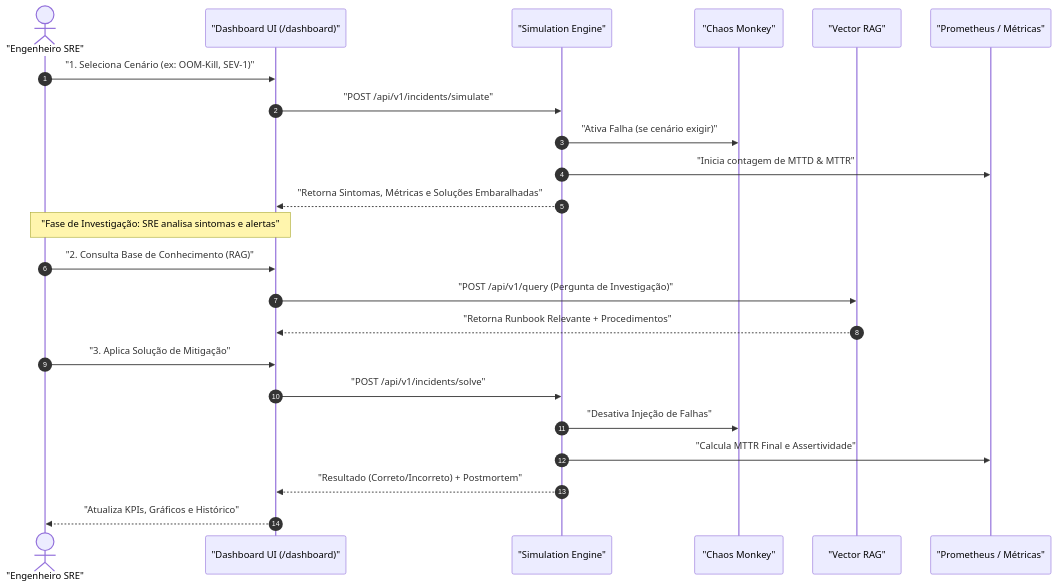
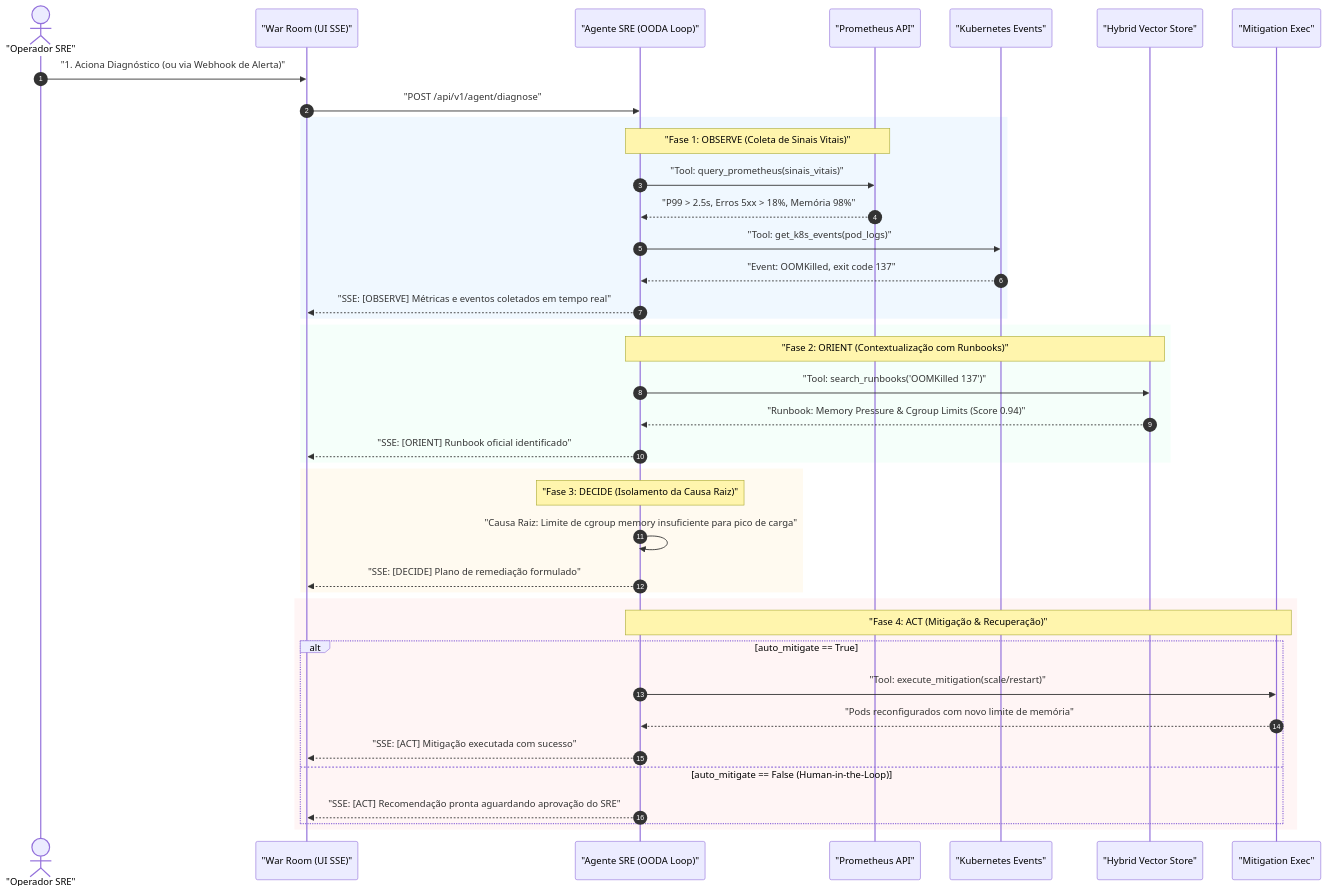
The second of 8 diagrams in README.md (magnomct/sre_rag_agent), drawn with Mermaid before and after one commit. The commit also changed other lines of this file, not shown here.

Commit message:
docs(v4.0): overhaul architecture diagrams, OODA flows, dual-layer chaos, and hybrid search in README

````diff
--- a/README.md
+++ b/README.md
@@ -182,29 +204,47 @@
 ```mermaid
 sequenceDiagram
     autonumber
-    actor SRE as "Engenheiro SRE"
-    participant Dash as "Dashboard UI (/dashboard)"
-    participant Sim as "Simulation Engine"
-    participant Chaos as "Chaos Monkey"
-    participant RAG as "Vector RAG"
-    participant Prom as "Prometheus / Métricas"
+    actor SRE as "Operador SRE"
+    participant Dash as "War Room (UI SSE)"
+    participant Agent as "Agente SRE (OODA Loop)"
+    participant Prom as "Prometheus API"
+    participant K8s as "Kubernetes Events"
+    participant RAG as "Hybrid Vector Store"
+    participant Action as "Mitigation Exec"
 
-    SRE->>Dash: "1. Seleciona Cenário (ex: OOM-Kill, SEV-1)"
-    Dash->>Sim: "POST /api/v1/incidents/simulate"
-    Sim->>Chaos: "Ativa Falha (se cenário exigir)"
-    Sim->>Prom: "Inicia contagem de MTTD & MTTR"
-    Sim-->>Dash: "Retorna Sintomas, Métricas e Soluções Embaralhadas"
+    SRE->>Dash: "1. Aciona Diagnóstico (ou via Webhook de Alerta)"
+    Dash->>Agent: "POST /api/v1/agent/diagnose"
+    
+    rect rgb(240, 248, 255)
+    Note over Agent,Prom: "Fase 1: OBSERVE (Coleta de Sinais Vitais)"
+    Agent->>Prom: "Tool: query_prometheus(sinais_vitais)"
+    Prom-->>Agent: "P99 > 2.5s, Erros 5xx > 18%, Memória 98%"
+    Agent->>K8s: "Tool: get_k8s_events(pod_logs)"
+    K8s-->>Agent: "Event: OOMKilled, exit code 137"
+    Agent-->>Dash: "SSE: [OBSERVE] Métricas e eventos coletados em tempo real"
+    end
 
-    Note over SRE,Dash: "Fase de Investigação: SRE analisa sintomas e alertas"
+    rect rgb(245, 255, 250)
+    Note over Agent,RAG: "Fase 2: ORIENT (Contextualização com Runbooks)"
+    Agent->>RAG: "Tool: search_runbooks('OOMKilled 137')"
+    RAG-->>Agent: "Runbook: Memory Pressure & Cgroup Limits (Score 0.94)"
+    Agent-->>Dash: "SSE: [ORIENT] Runbook oficial identificado"
+    end
 
-    SRE->>Dash: "2. Consulta Base de Conhecimento (RAG)"
-    Dash->>RAG: "POST /api/v1/query (Pergunta de Investigação)"
-    RAG-->>Dash: "Retorna Runbook Relevante + Procedimentos"
+    rect rgb(255, 250, 240)
+    Note over Agent: "Fase 3: DECIDE (Isolamento da Causa Raiz)"
+    Agent->>Agent: "Causa Raiz: Limite de cgroup memory insuficiente para pico de carga"
+    Agent-->>Dash: "SSE: [DECIDE] Plano de remediação formulado"
+    end
 
-    SRE->>Dash: "3. Aplica Solução de Mitigação"
-    Dash->>Sim: "POST /api/v1/incidents/solve"
-    Sim->>Chaos: "Desativa Injeção de Falhas"
-    Sim->>Prom: "Calcula MTTR Final e Assertividade"
-    Sim-->>Dash: "Resultado (Correto/Incorreto) + Postmortem"
-    Dash-->>SRE: "Atualiza KPIs, Gráficos e Histórico"
+    rect rgb(255, 245, 245)
+    Note over Agent,Action: "Fase 4: ACT (Mitigação & Recuperação)"
+    alt auto_mitigate == True
+        Agent->>Action: "Tool: execute_mitigation(scale/restart)"
+        Action-->>Agent: "Pods reconfigurados com novo limite de memória"
+        Agent-->>Dash: "SSE: [ACT] Mitigação executada com sucesso"
+    else auto_mitigate == False (Human-in-the-Loop)
+        Agent-->>Dash: "SSE: [ACT] Recomendação pronta aguardando aprovação do SRE"
+    end
+    end
 ```
````
